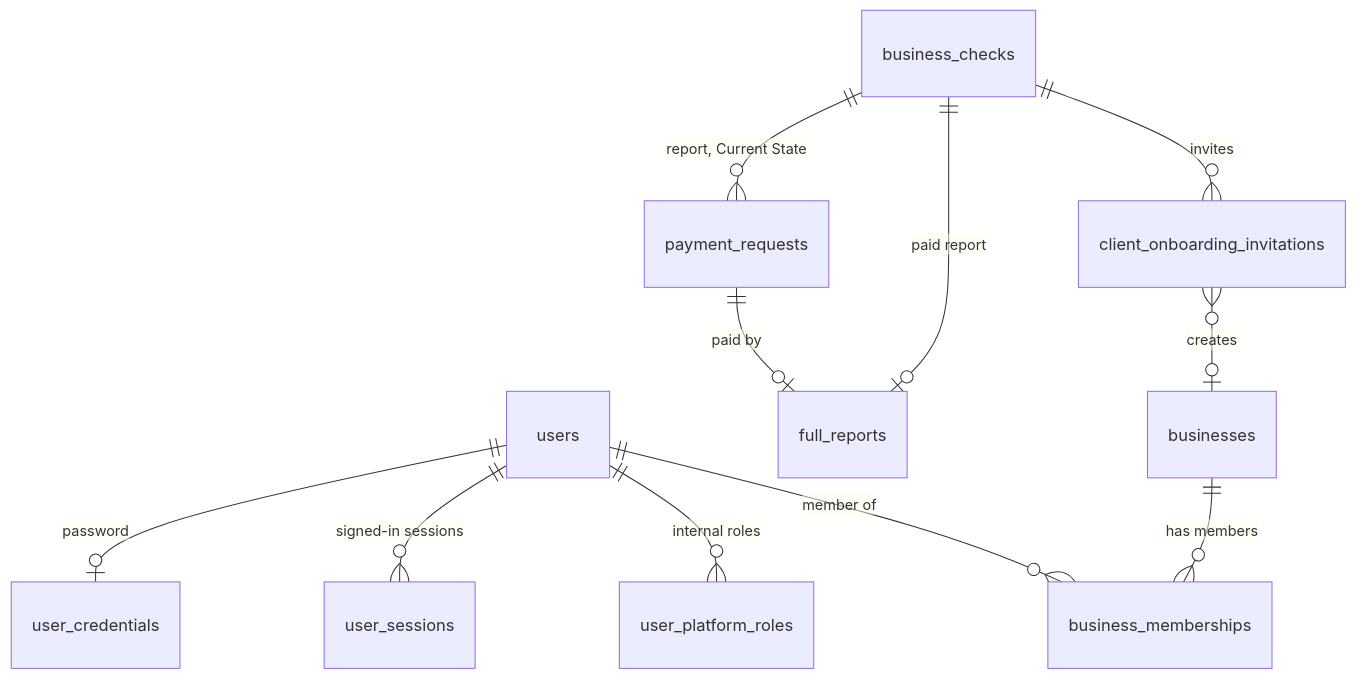
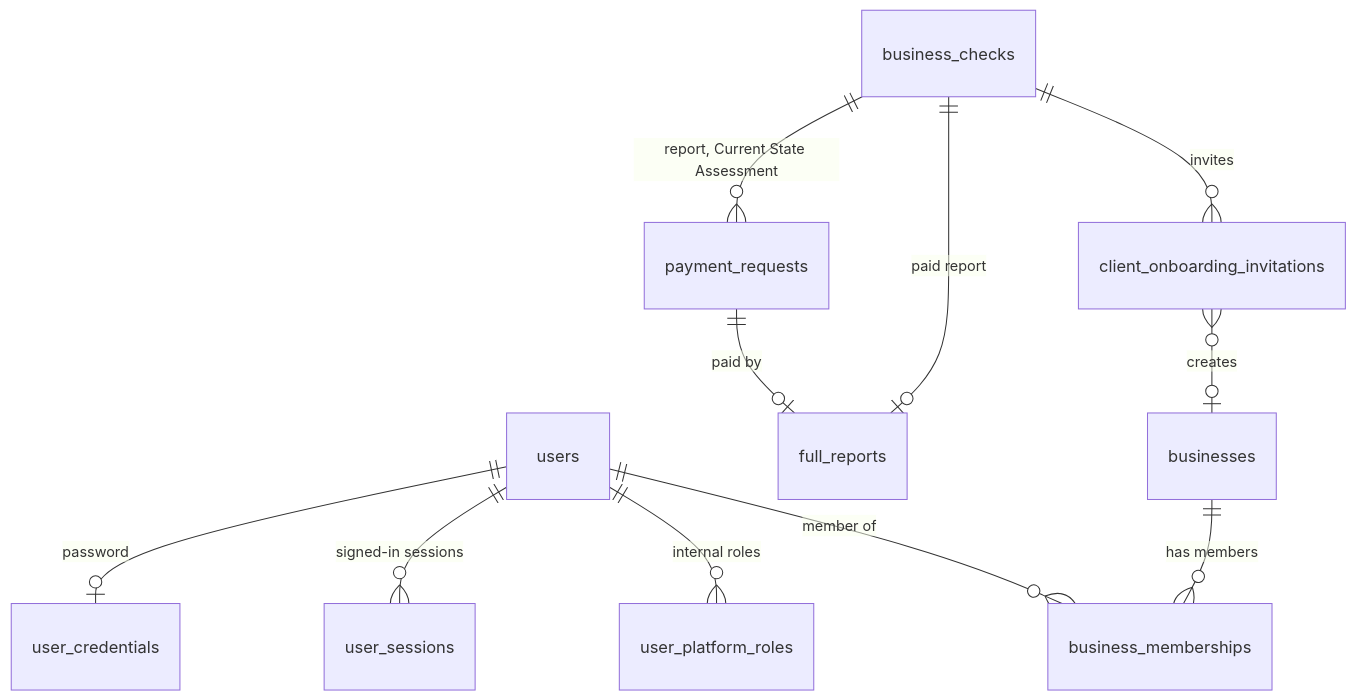
Before and after one commit to IPfactory01/IPF-SME: the diagram in docs/product/05-backend-schema.md, drawn with Mermaid. The commit also changed other lines of this file and 24 other files, not shown here.

First line of the commit message:
Call the paid assessment "Current State Assessment" everywhere

````diff
--- a/docs/product/05-backend-schema.md
+++ b/docs/product/05-backend-schema.md
@@ -12,13 +12,13 @@
 ```mermaid
 erDiagram
   users ||--o| user_credentials : "password"
   users ||--o{ user_sessions : "signed-in sessions"
   users ||--o{ user_platform_roles : "internal roles"
   users ||--o{ business_memberships : "member of"
   businesses ||--o{ business_memberships : "has members"
-  business_checks ||--o{ payment_requests : "report, Current State"
+  business_checks ||--o{ payment_requests : "report, Current State Assessment"
   business_checks ||--o| full_reports : "paid report"
   payment_requests ||--o| full_reports : "paid by"
   business_checks ||--o{ client_onboarding_invitations : "invites"
   client_onboarding_invitations }o--o| businesses : "creates"
 ```
````
